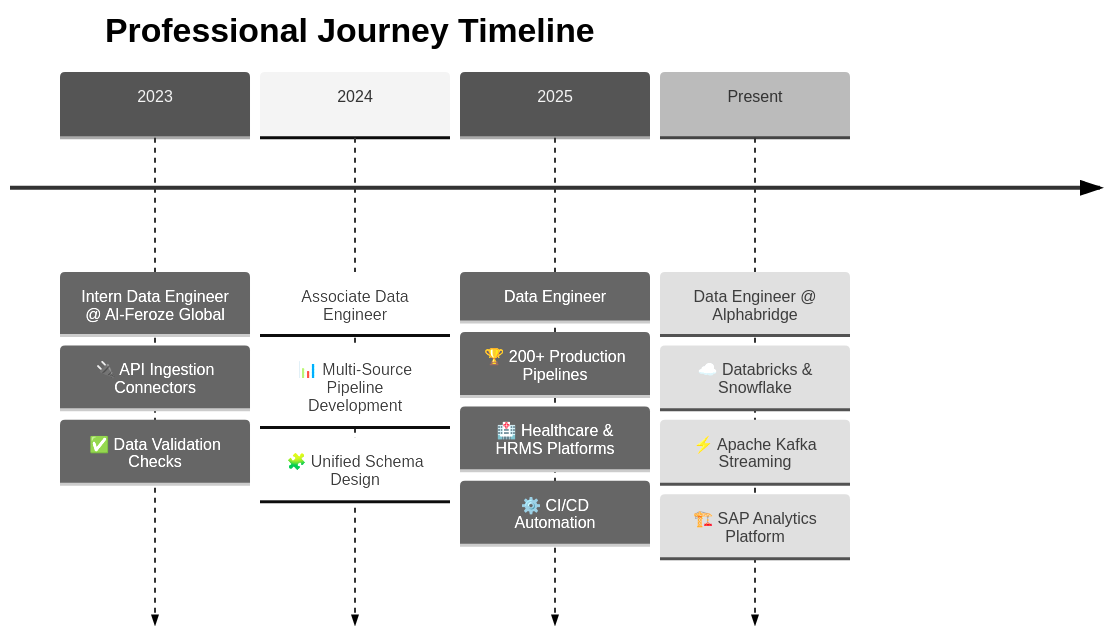
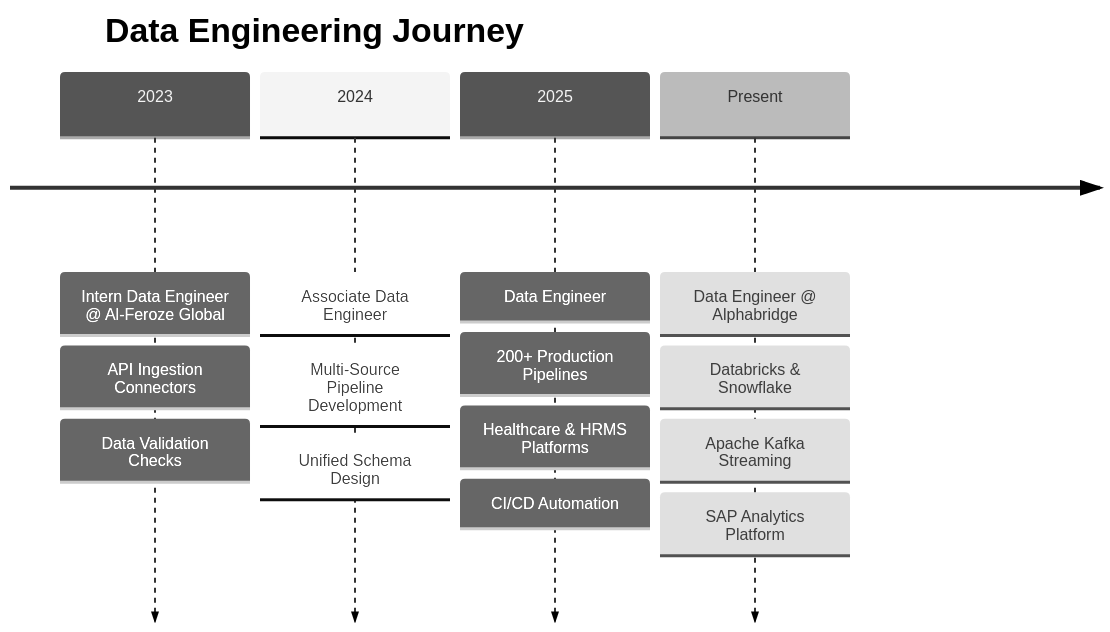
One commit to ChaudharyAliHassan572/ChaudharyAliHassan572 changed the diagram in README.md. Above: the diagram before and after it, drawn with Mermaid (neutral theme). The commit also changed other lines of this file, not shown here.

Commit message:
Data Engineer

````diff
--- a/README.md
+++ b/README.md
@@ -66,22 +68,22 @@
 ```mermaid
 timeline
-    title Professional Journey Timeline
+    title Data Engineering Journey
 
     2023 : Intern Data Engineer @ Al-Feroze Global
-         : 🔌 API Ingestion Connectors
-         : ✅ Data Validation Checks
+         : API Ingestion Connectors
+         : Data Validation Checks
 
     2024 : Associate Data Engineer
-         : 📊 Multi-Source Pipeline Development
-         : 🧩 Unified Schema Design
+         : Multi-Source Pipeline Development
+         : Unified Schema Design
 
     2025 : Data Engineer
-         : 🏆 200+ Production Pipelines
-         : 🏥 Healthcare & HRMS Platforms
-         : ⚙️ CI/CD Automation
+         : 200+ Production Pipelines
+         : Healthcare & HRMS Platforms
+         : CI/CD Automation
 
     Present : Data Engineer @ Alphabridge
-            : ☁️ Databricks & Snowflake
-            : ⚡ Apache Kafka Streaming
-            : 🏗️ SAP Analytics Platform
+            : Databricks & Snowflake
+            : Apache Kafka Streaming
+            : SAP Analytics Platform
 ```
````
